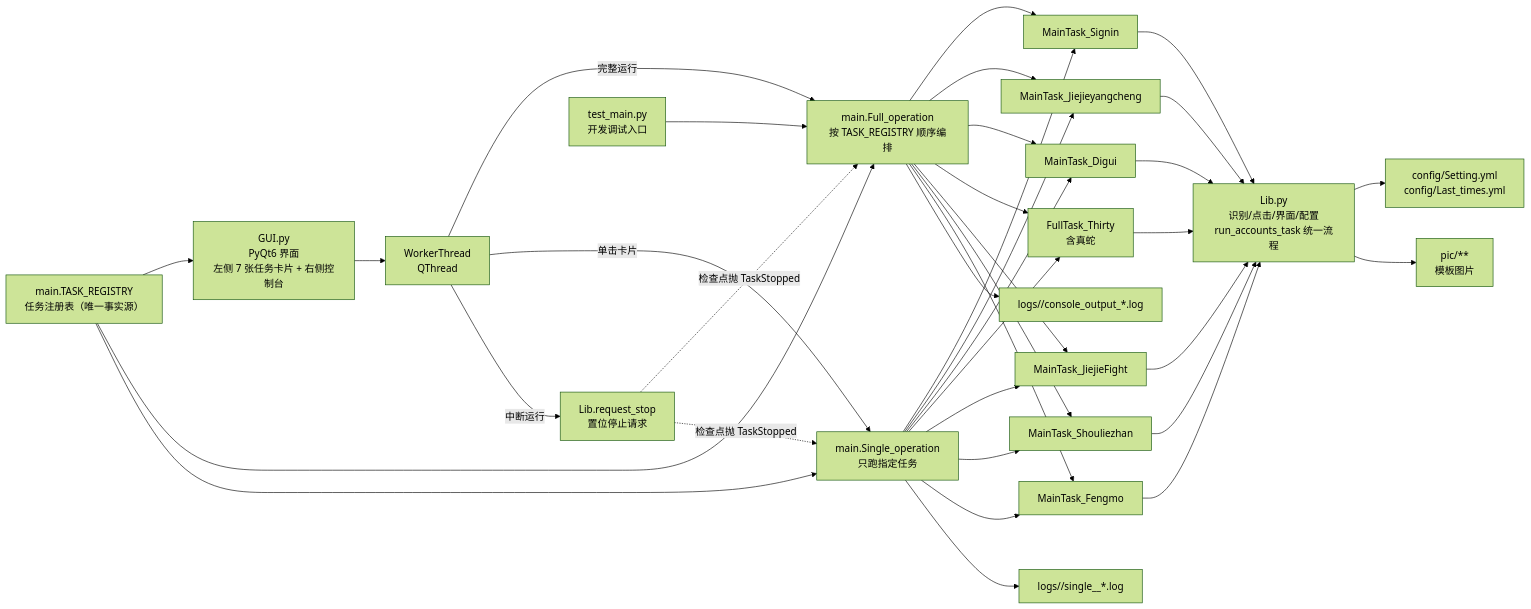
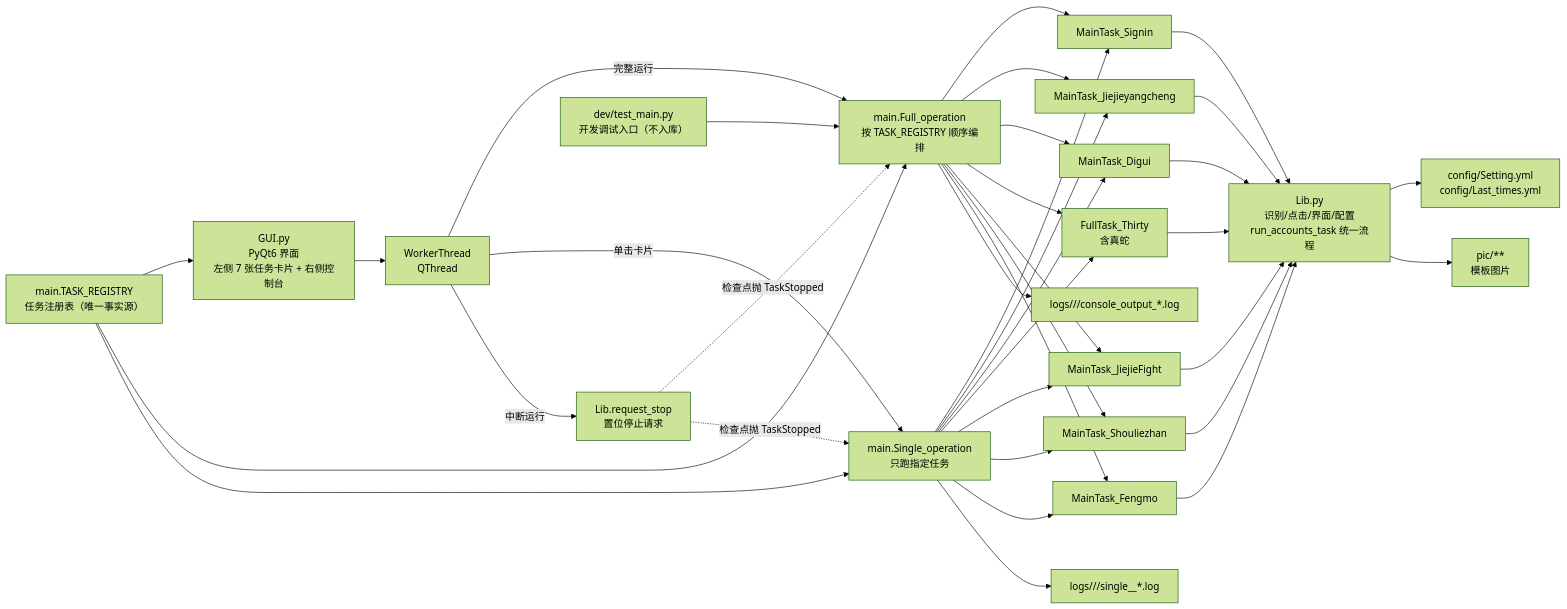
The diagram in ARCHITECTURE.md (67762961/Paper_sweeper), drawn with Mermaid (forest theme) before and after one commit. The commit also changed other lines of this file and 2 other files, not shown here.

````diff
--- a/ARCHITECTURE.md
+++ b/ARCHITECTURE.md
@@ -20,26 +20,26 @@
 ```mermaid
 flowchart LR
     GUI["GUI.py\nPyQt6 界面\n左侧 7 张任务卡片 + 右侧控制台"] --> WT["WorkerThread\nQThread"]
     WT -->|完整运行| FO["main.Full_operation\n按 TASK_REGISTRY 顺序编排"]
     WT -->|单击卡片| SO["main.Single_operation\n只跑指定任务"]
     WT -->|中断运行| STOP["Lib.request_stop\n置位停止请求"]
     STOP -.检查点抛 TaskStopped.-> FO
     STOP -.检查点抛 TaskStopped.-> SO
     REG["main.TASK_REGISTRY\n任务注册表（唯一事实源）"] --> GUI
     REG --> FO
     REG --> SO
-    TM["test_main.py\n开发调试入口"] --> FO
+    TM["dev/test_main.py\n开发调试入口（不入库）"] --> FO
     FO --> T1["MainTask_Signin"]
     FO --> T2["MainTask_Jiejieyangcheng"]
     FO --> T3["MainTask_Digui"]
     FO --> T4["FullTask_Thirty\n含真蛇"]
     FO --> T5["MainTask_JiejieFight"]
     FO --> T6["MainTask_Shouliezhan"]
     FO --> T7["MainTask_Fengmo"]
     SO --> T1 & T2 & T3 & T4 & T5 & T6 & T7
     T1 & T2 & T3 & T4 & T5 & T6 & T7 --> LIB["Lib.py\n识别/点击/界面/配置\nrun_accounts_task 统一流程"]
     LIB --> CFG["config/Setting.yml\nconfig/Last_times.yml"]
     LIB --> PIC["pic/**\n模板图片"]
-    FO --> LOG["logs/<date>/console_output_*.log"]
-    SO --> SLOG["logs/<date>/single_<key>_*.log"]
+    FO --> LOG["logs/<YYYY-MM>/<YYYY-MM-DD>/console_output_*.log"]
+    SO --> SLOG["logs/<YYYY-MM>/<YYYY-MM-DD>/single_<key>_*.log"]
 ```
````
